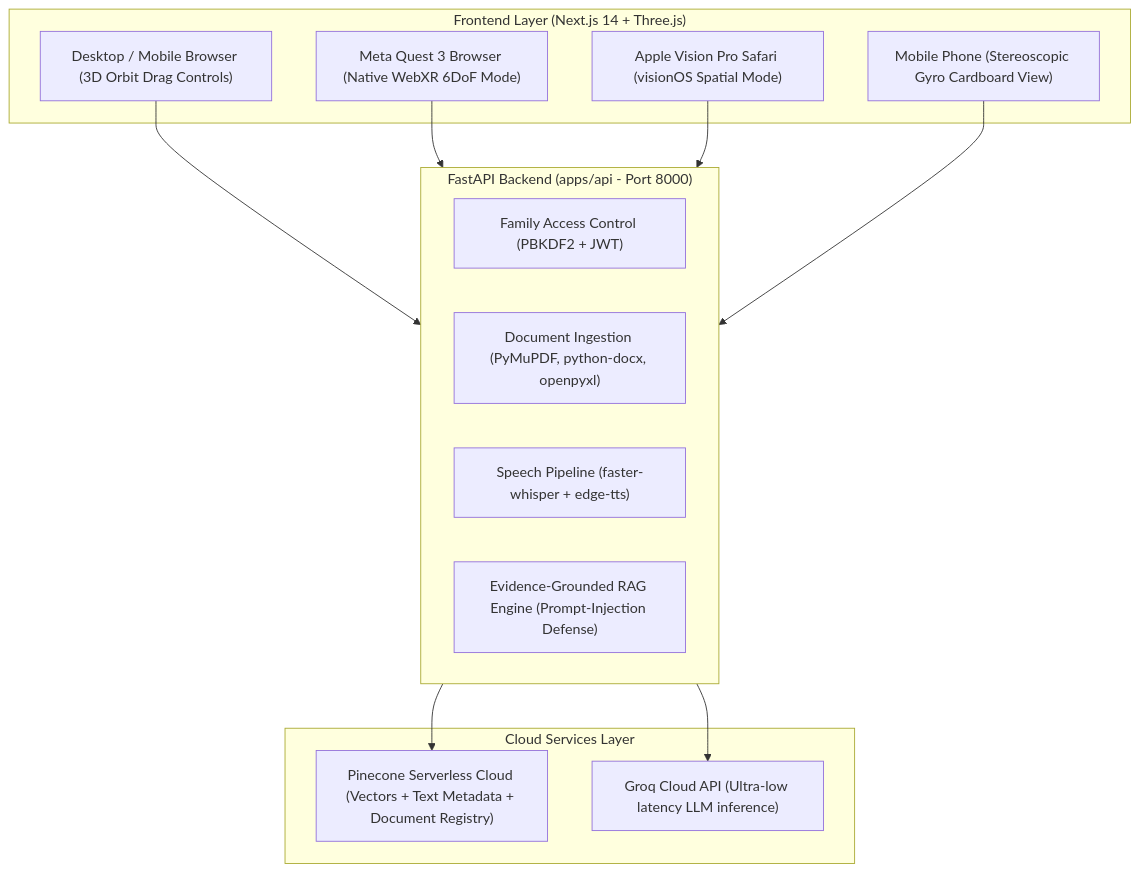
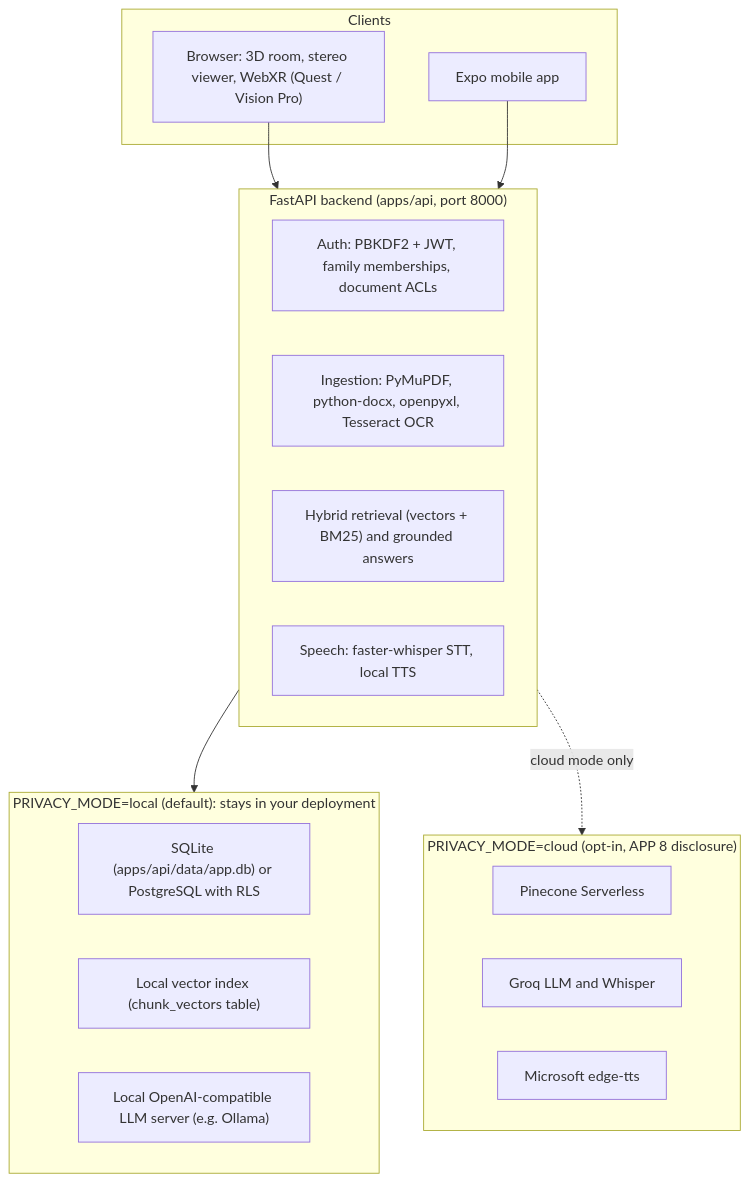
Before and after one commit to Ankushk-aosc/vr-rag-v2: the diagram in docs/runbook.md, drawn with Mermaid. The commit also changed other lines of this file and 44 other files, not shown here.

````diff
--- a/docs/runbook.md
+++ b/docs/runbook.md
@@ -13,29 +16,31 @@
 ```mermaid
 flowchart TD
-    subgraph CLIENTS["Frontend Layer (Next.js 14 + Three.js)"]
-        WEB["Desktop / Mobile Browser (3D Orbit Drag Controls)"]
-        QUEST["Meta Quest 3 Browser (Native WebXR 6DoF Mode)"]
-        VISION["Apple Vision Pro Safari (visionOS Spatial Mode)"]
-        CARDBOARD["Mobile Phone (Stereoscopic Gyro Cardboard View)"]
+    subgraph CLIENTS["Clients"]
+        WEB["Browser: 3D room, stereo viewer, WebXR (Quest / Vision Pro)"]
+        MOBILE["Expo mobile app"]
     end
 
-    subgraph BACKEND["FastAPI Backend (apps/api - Port 8000)"]
-        AUTH["Family Access Control (PBKDF2 + JWT)"]
-        INGEST["Document Ingestion (PyMuPDF, python-docx, openpyxl)"]
-        VOICE["Speech Pipeline (faster-whisper + edge-tts)"]
-        RAG["Evidence-Grounded RAG Engine (Prompt-Injection Defense)"]
+    subgraph BACKEND["FastAPI backend (apps/api, port 8000)"]
+        AUTH["Auth: PBKDF2 + JWT, family memberships, document ACLs"]
+        INGEST["Ingestion: PyMuPDF, python-docx, openpyxl, Tesseract OCR"]
+        RAG["Hybrid retrieval (vectors + BM25) and grounded answers"]
+        VOICE["Speech: faster-whisper STT, local TTS"]
     end
 
-    subgraph STORAGE["Cloud Services Layer"]
-        PINE["Pinecone Serverless Cloud (Vectors + Text Metadata + Document Registry)"]
-        GROQ_LLM["Groq Cloud API (Ultra-low latency LLM inference)"]
+    subgraph LOCAL["PRIVACY_MODE=local (default): stays in your deployment"]
+        DB["SQLite (apps/api/data/app.db) or PostgreSQL with RLS"]
+        VEC["Local vector index (chunk_vectors table)"]
+        LLM["Local OpenAI-compatible LLM server (e.g. Ollama)"]
+    end
+
+    subgraph CLOUD["PRIVACY_MODE=cloud (opt-in, APP 8 disclosure)"]
+        PINE["Pinecone Serverless"]
+        GROQ["Groq LLM and Whisper"]
+        TTS["Microsoft edge-tts"]
     end
 
     WEB --> BACKEND
-    QUEST --> BACKEND
-    VISION --> BACKEND
-    CARDBOARD --> BACKEND
-
-    BACKEND --> PINE
-    BACKEND --> GROQ_LLM
+    MOBILE --> BACKEND
+    BACKEND --> LOCAL
+    BACKEND -. cloud mode only .-> CLOUD
 ```
````
